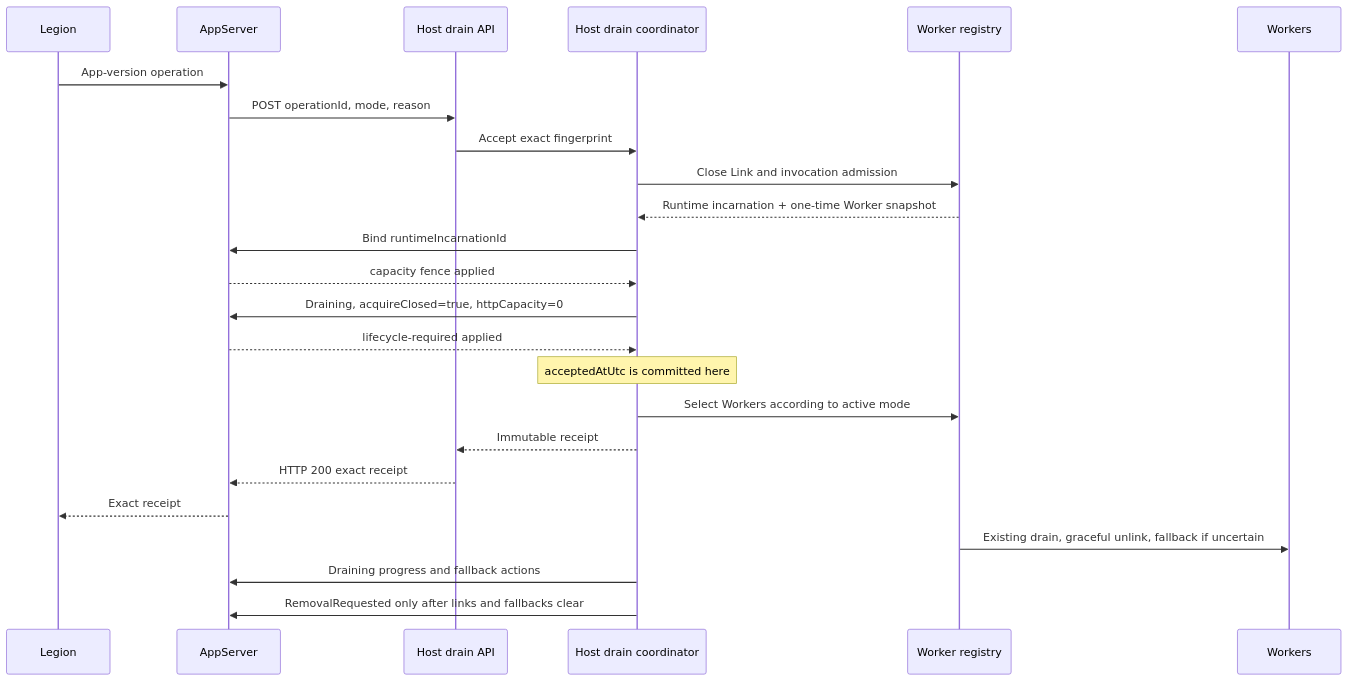
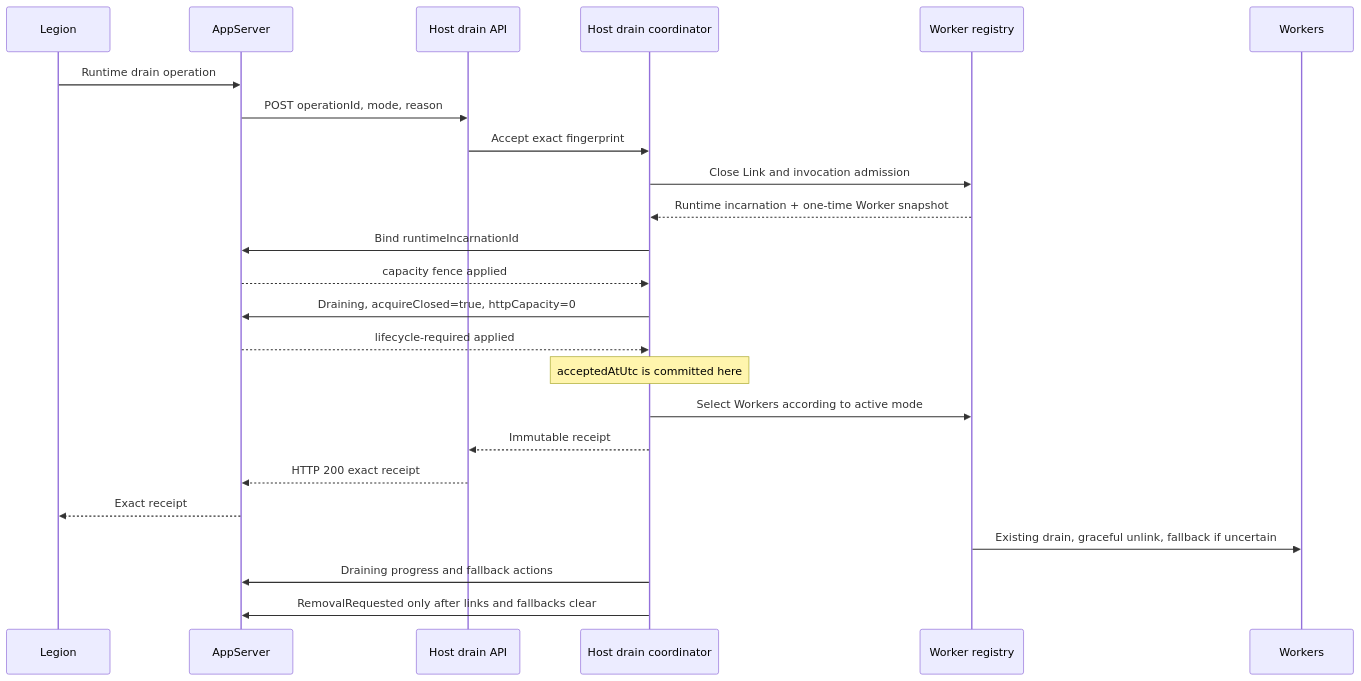
The first of 4 diagrams in tools/ComputeSeparation/byoc-app-version-runtime-drain.md (manikantanallagatla/azure-functions-host), drawn with Mermaid before and after one commit. The commit also changed other lines of this file and 23 other files, not shown here.

Commit message:
Reuse runtime drain for discovery cleanup

````diff
--- a/tools/ComputeSeparation/byoc-app-version-runtime-drain.md
+++ b/tools/ComputeSeparation/byoc-app-version-runtime-drain.md
@@ -78,27 +82,27 @@
 ```mermaid
 sequenceDiagram
     participant Legion
     participant AppServer
     participant API as Host drain API
     participant Coordinator as Host drain coordinator
     participant Registry as Worker registry
     participant Workers
 
-    Legion->>AppServer: App-version operation
+    Legion->>AppServer: Runtime drain operation
     AppServer->>API: POST operationId, mode, reason
     API->>Coordinator: Accept exact fingerprint
     Coordinator->>Registry: Close Link and invocation admission
     Registry-->>Coordinator: Runtime incarnation + one-time Worker snapshot
     Coordinator->>AppServer: Bind runtimeIncarnationId
     AppServer-->>Coordinator: capacity fence applied
     Coordinator->>AppServer: Draining, acquireClosed=true, httpCapacity=0
     AppServer-->>Coordinator: lifecycle-required applied
     Note over Coordinator: acceptedAtUtc is committed here
     Coordinator->>Registry: Select Workers according to active mode
     Coordinator-->>API: Immutable receipt
     API-->>AppServer: HTTP 200 exact receipt
     AppServer-->>Legion: Exact receipt
     Registry->>Workers: Existing drain, graceful unlink, fallback if uncertain
     Coordinator->>AppServer: Draining progress and fallback actions
     Coordinator->>AppServer: RemovalRequested only after links and fallbacks clear
 ```
````
